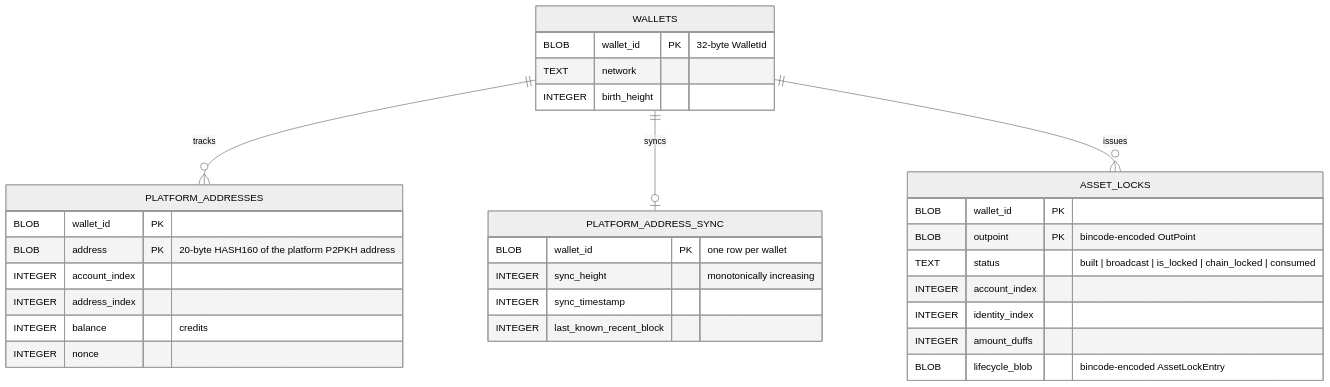
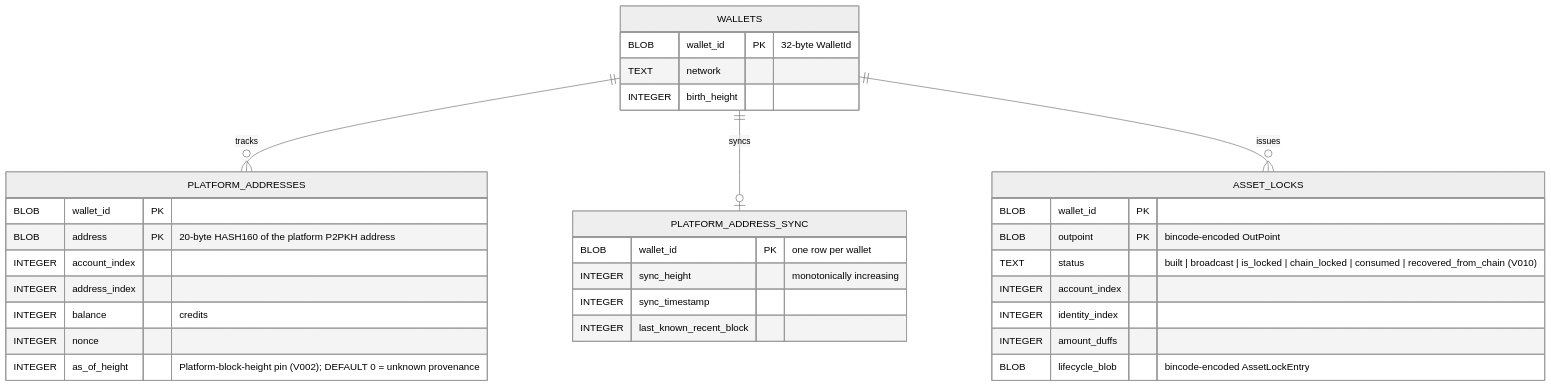
The fourth of 5 diagrams in packages/rs-platform-wallet-storage/SCHEMA.md (dashpay/platform), drawn with Mermaid (neutral theme) before and after one commit. The commit also changed other lines of this file, not shown here.

````diff
--- a/packages/rs-platform-wallet-storage/SCHEMA.md
+++ b/packages/rs-platform-wallet-storage/SCHEMA.md
@@ -200,38 +200,39 @@
 ```mermaid
 erDiagram
     WALLETS ||--o{ PLATFORM_ADDRESSES : "tracks"
     WALLETS ||--o| PLATFORM_ADDRESS_SYNC : "syncs"
     WALLETS ||--o{ ASSET_LOCKS : "issues"
 
     WALLETS {
         BLOB wallet_id PK "32-byte WalletId"
         TEXT network
         INTEGER birth_height
     }
 
     PLATFORM_ADDRESSES {
         BLOB wallet_id PK
         BLOB address PK "20-byte HASH160 of the platform P2PKH address"
         INTEGER account_index
         INTEGER address_index
         INTEGER balance "credits"
         INTEGER nonce
+        INTEGER as_of_height "Platform-block-height pin (V002); DEFAULT 0 = unknown provenance"
     }
 
     PLATFORM_ADDRESS_SYNC {
         BLOB wallet_id PK "one row per wallet"
         INTEGER sync_height "monotonically increasing"
         INTEGER sync_timestamp
         INTEGER last_known_recent_block
     }
 
     ASSET_LOCKS {
         BLOB wallet_id PK
         BLOB outpoint PK "bincode-encoded OutPoint"
-        TEXT status "built | broadcast | is_locked | chain_locked | consumed"
+        TEXT status "built | broadcast | is_locked | chain_locked | consumed | recovered_from_chain (V010)"
         INTEGER account_index
         INTEGER identity_index
         INTEGER amount_duffs
         BLOB lifecycle_blob "bincode-encoded AssetLockEntry"
     }
 ```
````
